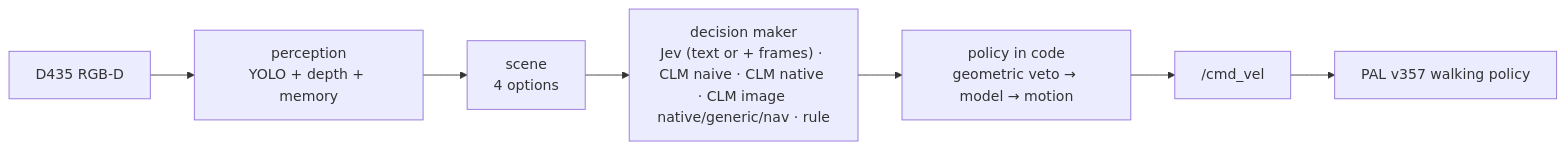
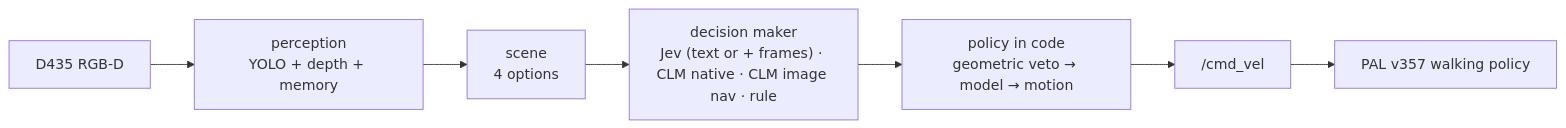
One commit to OscarMrZ/kangaroo-jev changed the diagram in REPORT.md. Above: the diagram before and after it, drawn with Mermaid. The commit also changed other lines of this file and 14 other files, not shown here.

First line of the commit message:
Report: all decision makers in one comparison, grouped by family; trim CLM variants

````diff
--- a/REPORT.md
+++ b/REPORT.md
@@ -77,8 +71,8 @@
 ```mermaid
 flowchart LR
     cam["D435 RGB-D"] --> per["perception<br/>YOLO + depth + memory"]
     per --> scene["scene<br/>4 options"]
-    scene --> dm["decision maker<br/>Jev (text or + frames) · CLM naive · CLM native · CLM image native/generic/nav · rule"]
+    scene --> dm["decision maker<br/>Jev (text or + frames) · CLM native · CLM image nav · rule"]
     dm --> pol["policy in code<br/>geometric veto → model → motion"]
     pol --> cmd["/cmd_vel"] --> loco["PAL v357 walking policy"]
 ```
````
